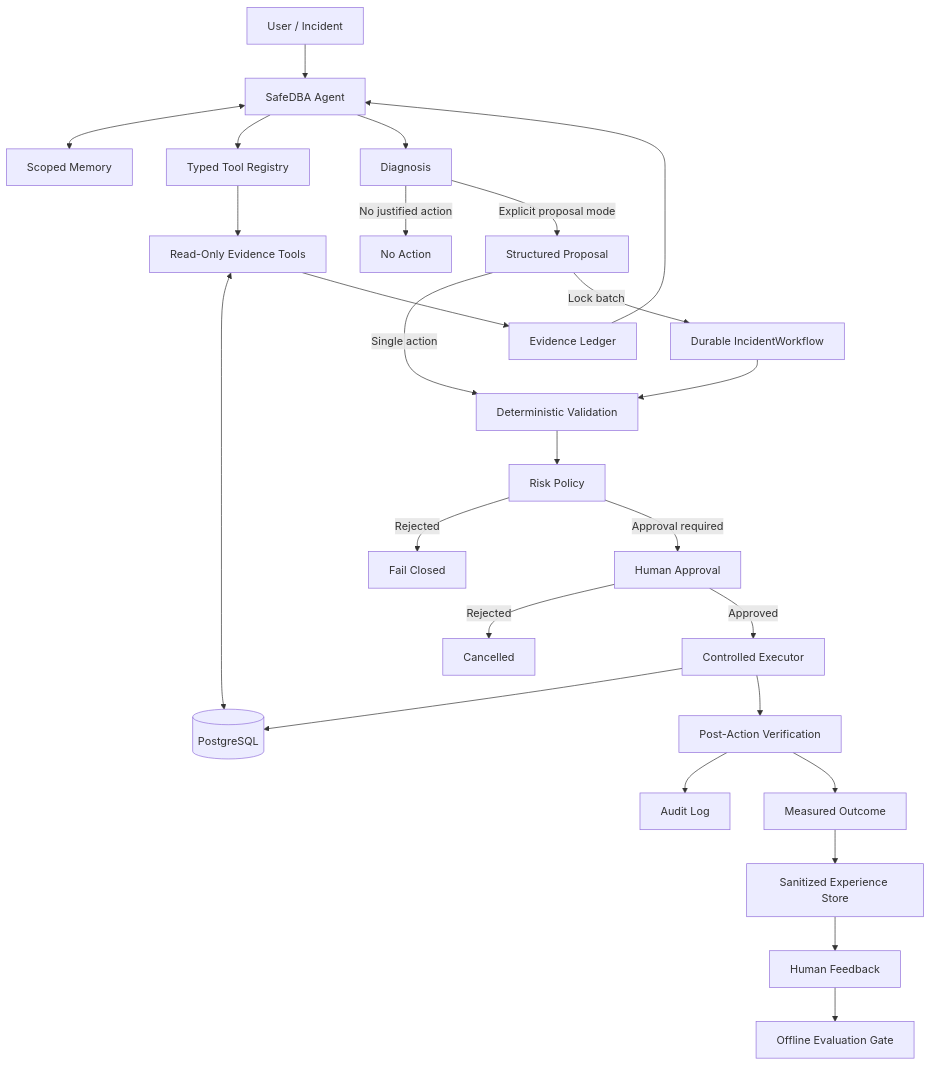
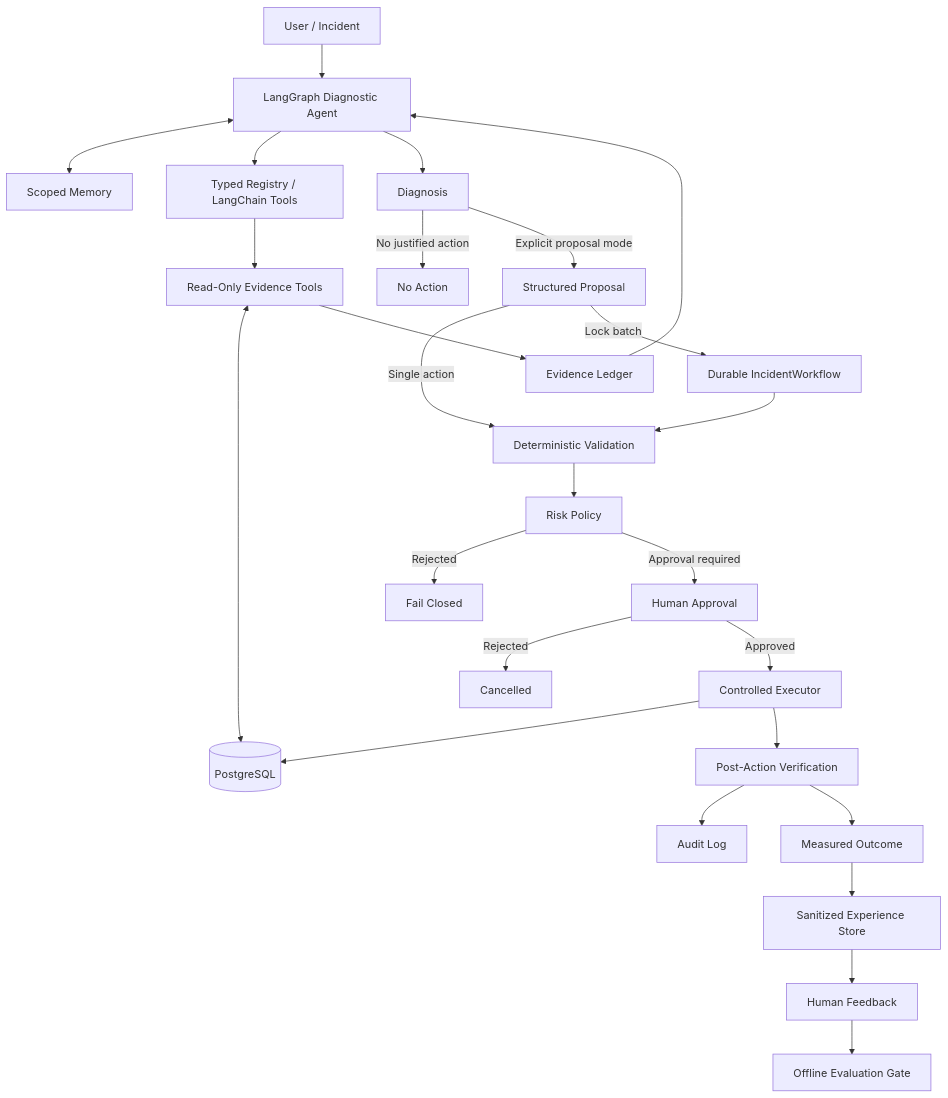
The diagram in README.md (IsIllusion/SafeDBA), drawn with Mermaid before and after one commit. The commit also changed other lines of this file and 13 other files, not shown here.

Commit message:
Migrate diagnostic agent to LangGraph and LangChain

````diff
--- a/README.md
+++ b/README.md
@@ -76,33 +84,33 @@
 ```mermaid
 flowchart TD
-    U[User / Incident] --> A[SafeDBA Agent]
+    U[User / Incident] --> A[LangGraph Diagnostic Agent]
 
     A <--> M[Scoped Memory]
-    A --> TR[Typed Tool Registry]
+    A --> TR[Typed Registry / LangChain Tools]
     TR --> T[Read-Only Evidence Tools]
     T <--> PG[(PostgreSQL)]
     T --> E[Evidence Ledger]
     E --> A
 
     A --> D[Diagnosis]
     D -->|No justified action| N[No Action]
     D -->|Explicit proposal mode| P[Structured Proposal]
 
     P -->|Single action| V[Deterministic Validation]
     P -->|Lock batch| IW[Durable IncidentWorkflow]
     IW --> V
     V --> R[Risk Policy]
     R -->|Rejected| B[Fail Closed]
     R -->|Approval required| H[Human Approval]
     H -->|Rejected| C[Cancelled]
     H -->|Approved| X[Controlled Executor]
 
     X --> PG
     X --> Q[Post-Action Verification]
     Q --> L[Audit Log]
     Q --> O[Measured Outcome]
 
     O --> ES[Sanitized Experience Store]
     ES --> FB[Human Feedback]
     FB --> EV[Offline Evaluation Gate]
 ```
````
